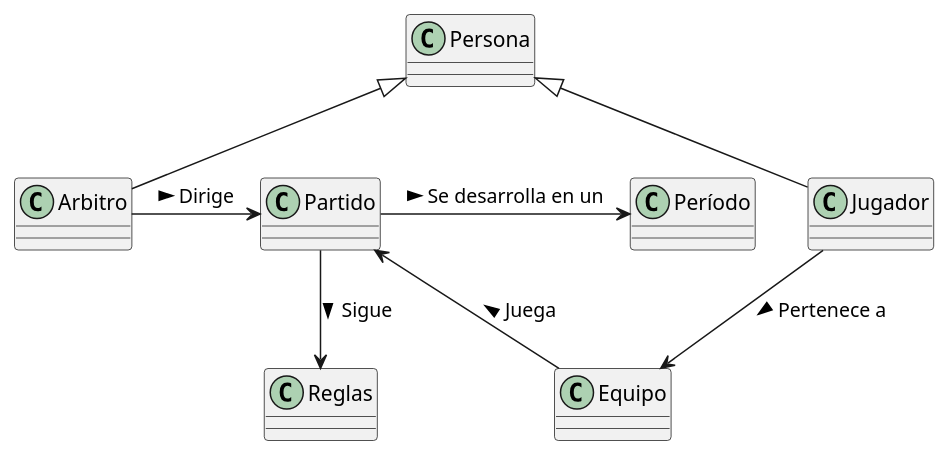
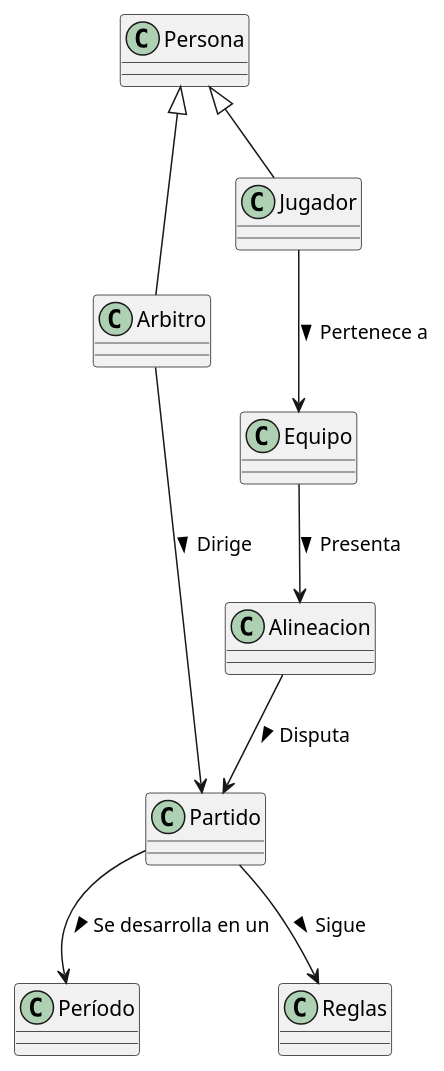
The diagram in actividades/001-futbol/ibuprofenoFernandez/modeloDelDominio.puml (mmasias/IdSw1-22-23), drawn with PlantUML before and after one commit.

Commit message:
Ajuste: Equipo != Alineacion

```diff
--- a/actividades/001-futbol/ibuprofenoFernandez/modeloDelDominio.puml
+++ b/actividades/001-futbol/ibuprofenoFernandez/modeloDelDominio.puml
@@ -1,17 +1,18 @@
 @startuml
 
-Partido  -r-> Período : Se desarrolla en un >
+Partido  --> Período : Se desarrolla en un >
 
-Equipo -u-> Partido : Juega >
+Alineacion --> Partido : Disputa >
 
-Arbitro -r-> Partido : Dirige >
+Equipo --> Alineacion : Presenta >
+
+Arbitro --> Partido : Dirige >
 
 Jugador --> Equipo : Pertenece a >
 
 Partido --> Reglas : Sigue >
 
 Persona <|-- Arbitro
 Persona <|-- Jugador
 
-
 @enduml
```
